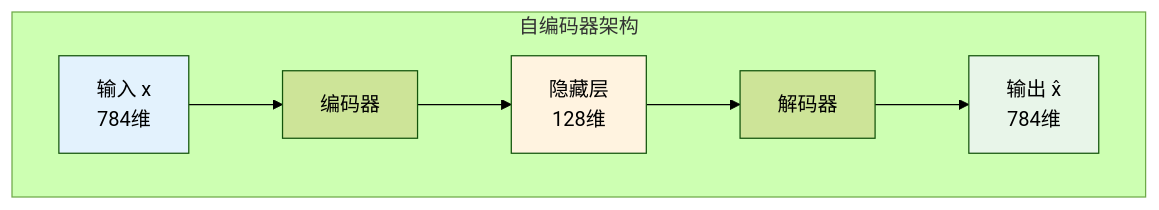
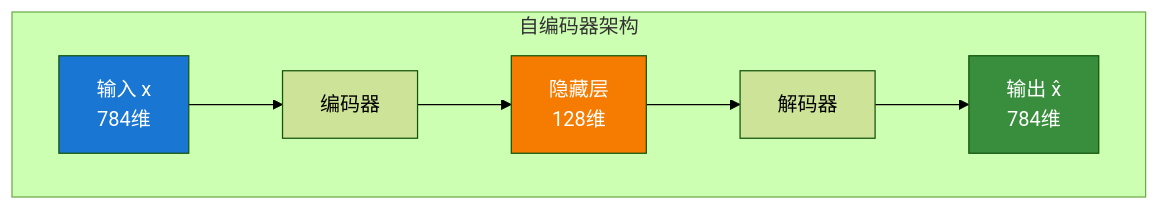
Before and after one commit to Zheng-Enci/Knoweledges: the second of 3 diagrams in 一起学Transformer/01a-编码器解码器架构详解.md, drawn with Mermaid (forest theme).

Commit message:
优化Mermaid流程图颜色：提高对比度

````diff
--- a/一起学Transformer/01a-编码器解码器架构详解.md
+++ b/一起学Transformer/01a-编码器解码器架构详解.md
@@ -136,13 +136,13 @@
 ```mermaid
 flowchart TB
     subgraph 自编码器架构
     I[输入 x<br/>784维] --> E1[编码器]
     E1 --> H[隐藏层<br/>128维]
     H --> D1[解码器]
     D1 --> O[输出 x̂<br/>784维]
     end
     
-    style I fill:#e3f2fd
-    style H fill:#fff3e0
-    style O fill:#e8f5e9
+    style I fill:#1976d2,color:#fff
+    style H fill:#f57c00,color:#fff
+    style O fill:#388e3c,color:#fff
 ```
````
